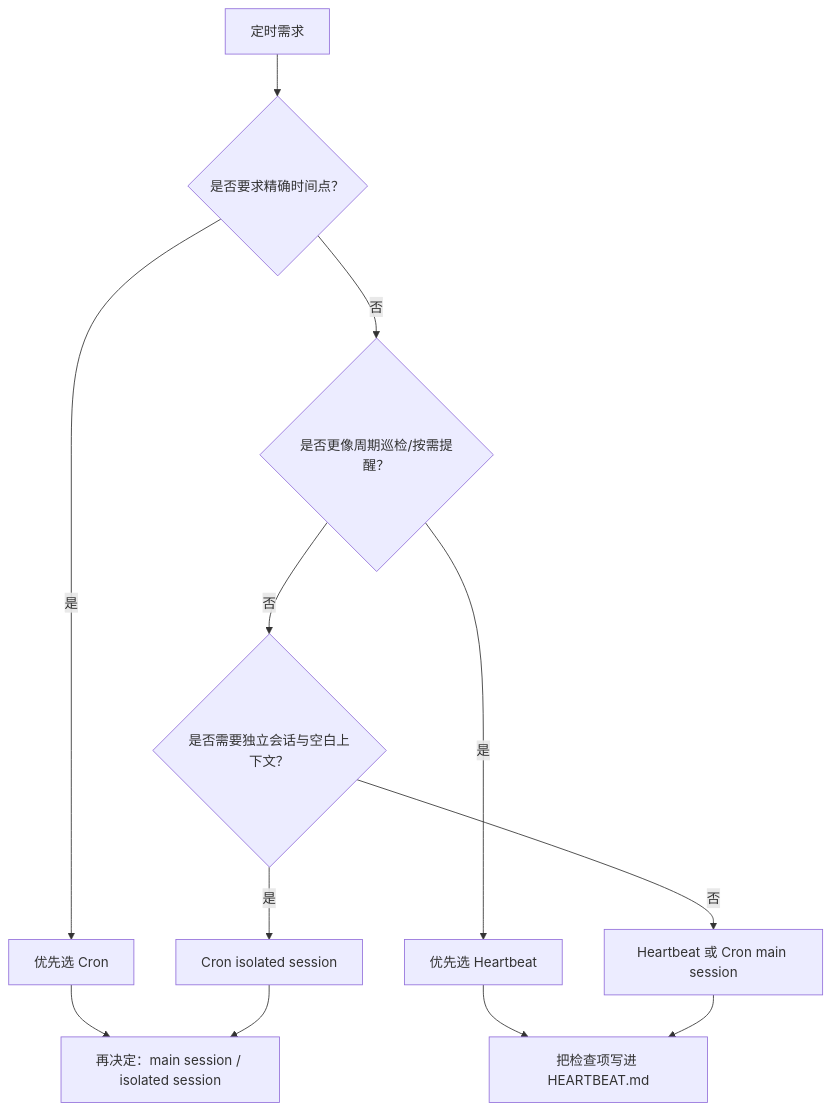
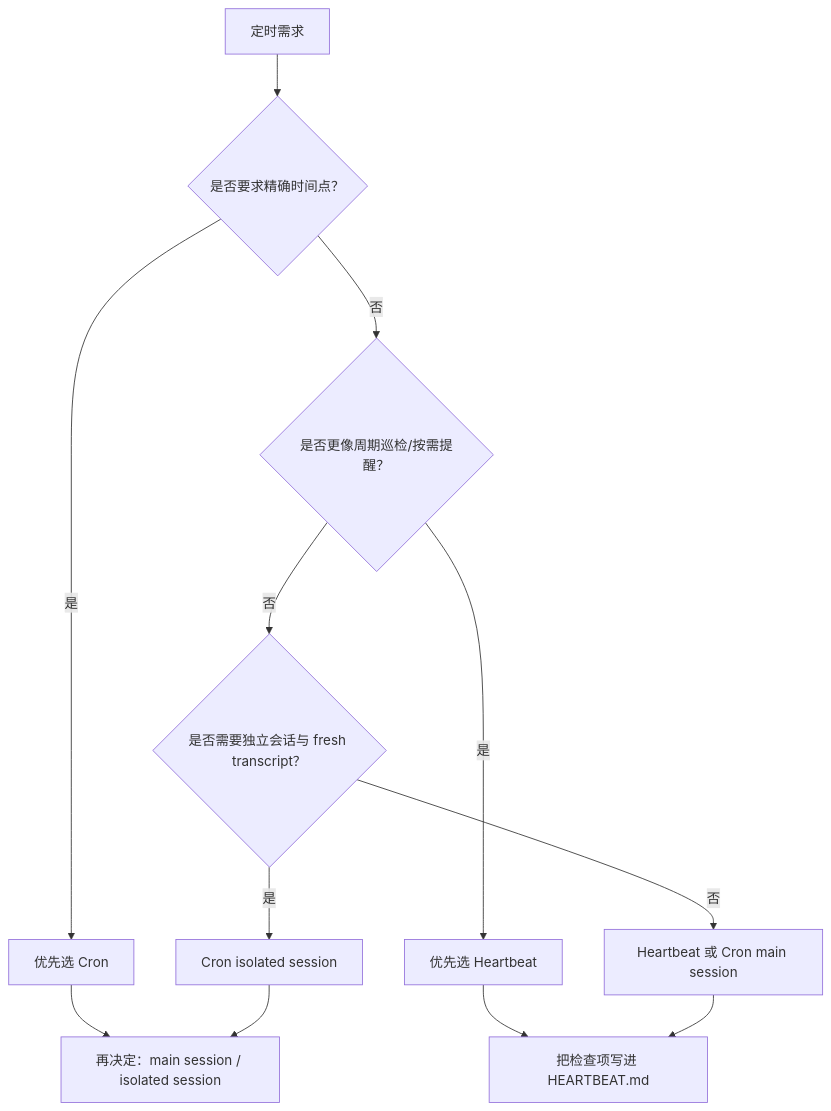
The diagram in 08_automation_ops/8.2_cron_jobs.md (yeasy/openclaw_guide), drawn with Mermaid before and after one commit. The commit also changed other lines of this file and 89 other files, not shown here.

````diff
--- a/08_automation_ops/8.2_cron_jobs.md
+++ b/08_automation_ops/8.2_cron_jobs.md
@@ -17,15 +17,15 @@
 ```mermaid
 flowchart TD
   S["定时需求"] --> Q1{"是否要求精确时间点？"}
   Q1 -->|"是"| C["优先选 Cron"]
   Q1 -->|"否"| Q2{"是否更像周期巡检/按需提醒？"}
   Q2 -->|"是"| H["优先选 Heartbeat"]
-  Q2 -->|"否"| Q3{"是否需要独立会话与空白上下文？"}
+  Q2 -->|"否"| Q3{"是否需要独立会话与 fresh transcript？"}
   Q3 -->|"是"| CI["Cron isolated session"]
   Q3 -->|"否"| HM["Heartbeat 或 Cron main session"]
 
   C --> V["再决定：main session / isolated session"]
   H --> V2["把检查项写进 HEARTBEAT.md"]
   CI --> V
   HM --> V2
 ```
````
